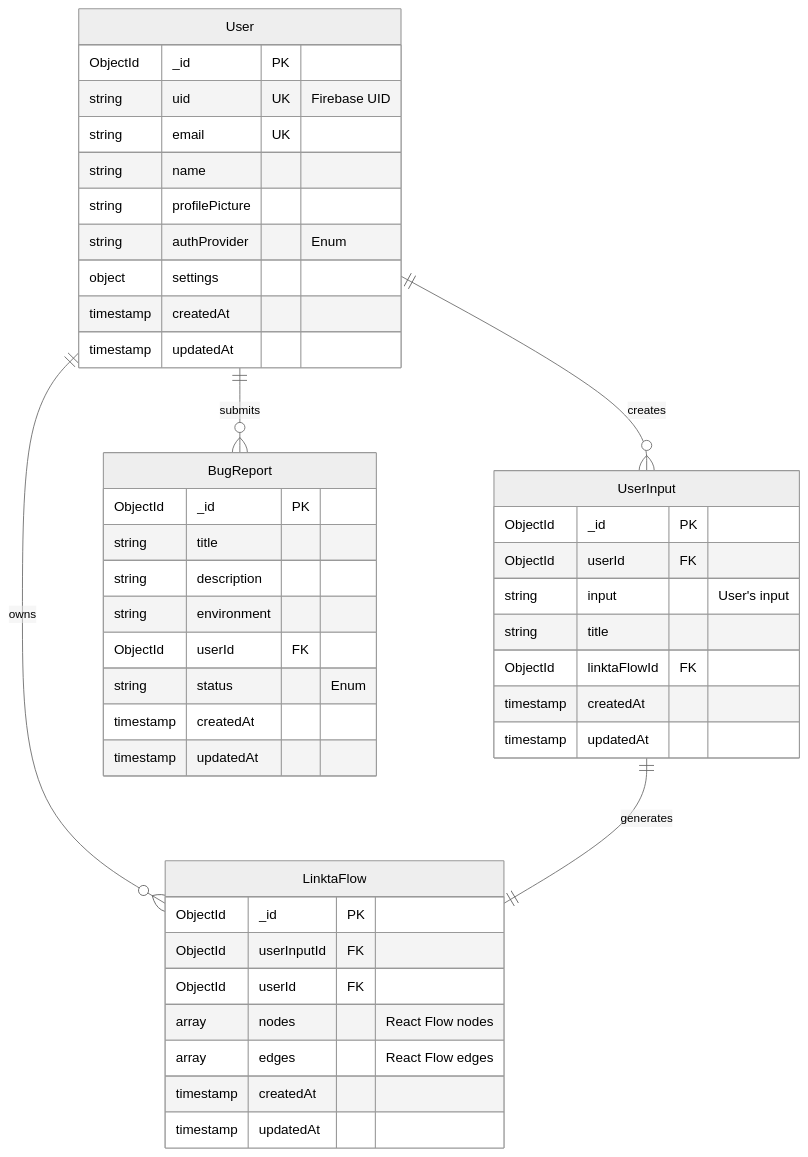
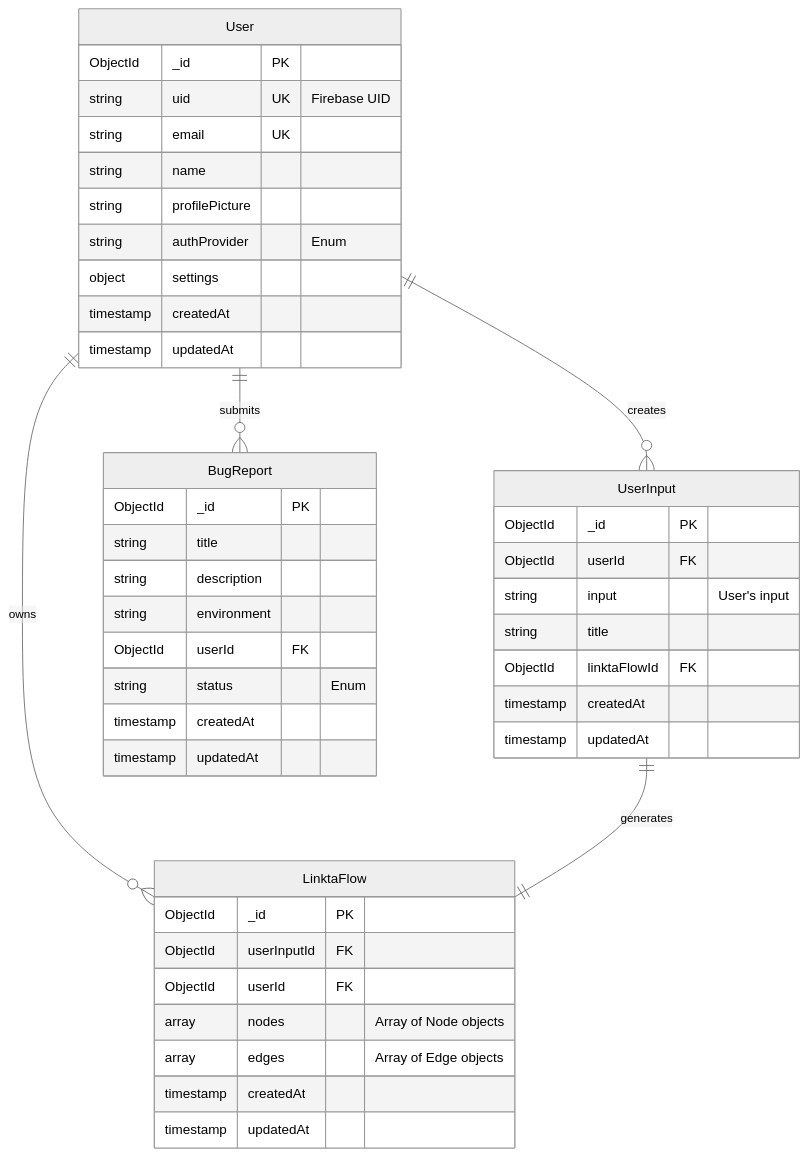
Before and after one commit to Linkta-org/core: the diagram in .github/docs/API_DESIGN_DOCUMENTATION_V1.md, drawn with Mermaid (neutral theme). The commit also changed other lines of this file and 10 other files, not shown here.

Commit message:
updated linktaflow schema and id mapping logic

````diff
--- a/.github/docs/API_DESIGN_DOCUMENTATION_V1.md
+++ b/.github/docs/API_DESIGN_DOCUMENTATION_V1.md
@@ -366,50 +366,50 @@
 ```mermaid
 erDiagram
 User ||--o{ UserInput : "creates"
 User ||--o{ LinktaFlow : "owns"
 User ||--o{ BugReport : "submits"
 UserInput ||--|| LinktaFlow : "generates"
 
 User {
     ObjectId _id PK
     string uid UK "Firebase UID"
     string email UK
     string name
     string profilePicture
     string authProvider "Enum"
     object settings
     timestamp createdAt
     timestamp updatedAt
 }
 
 UserInput {
     ObjectId _id PK
     ObjectId userId FK
     string input "User's input"
     string title
     ObjectId linktaFlowId FK
     timestamp createdAt
     timestamp updatedAt
 }
 
 LinktaFlow {
     ObjectId _id PK
     ObjectId userInputId FK
     ObjectId userId FK
-    array nodes "React Flow nodes"
-    array edges "React Flow edges"
+    array nodes "Array of Node objects"
+    array edges "Array of Edge objects"
     timestamp createdAt
     timestamp updatedAt
 }
 
 BugReport {
     ObjectId _id PK
     string title
     string description
     string environment
     ObjectId userId FK
     string status "Enum"
     timestamp createdAt
     timestamp updatedAt
 }
 ```
````
